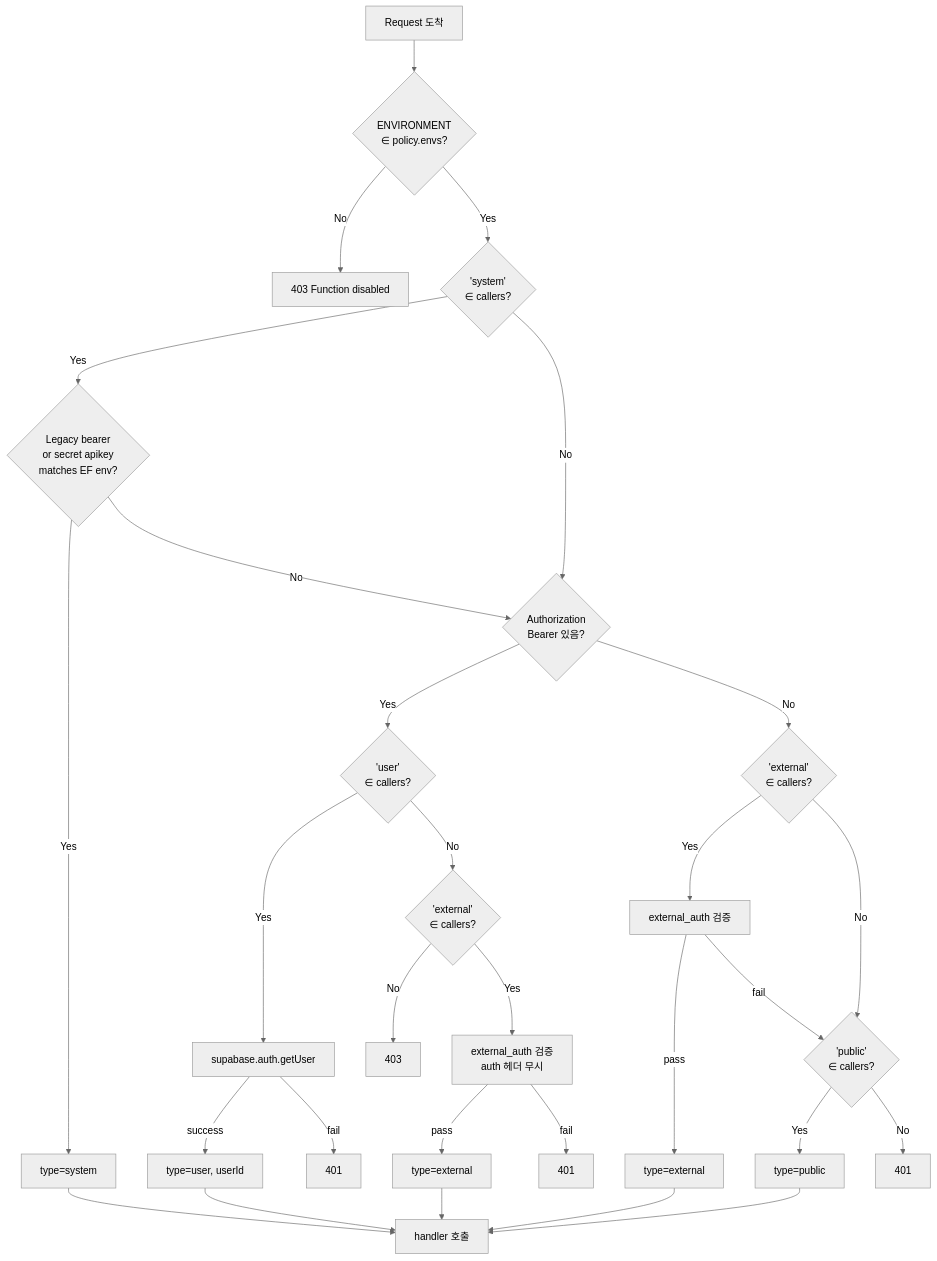
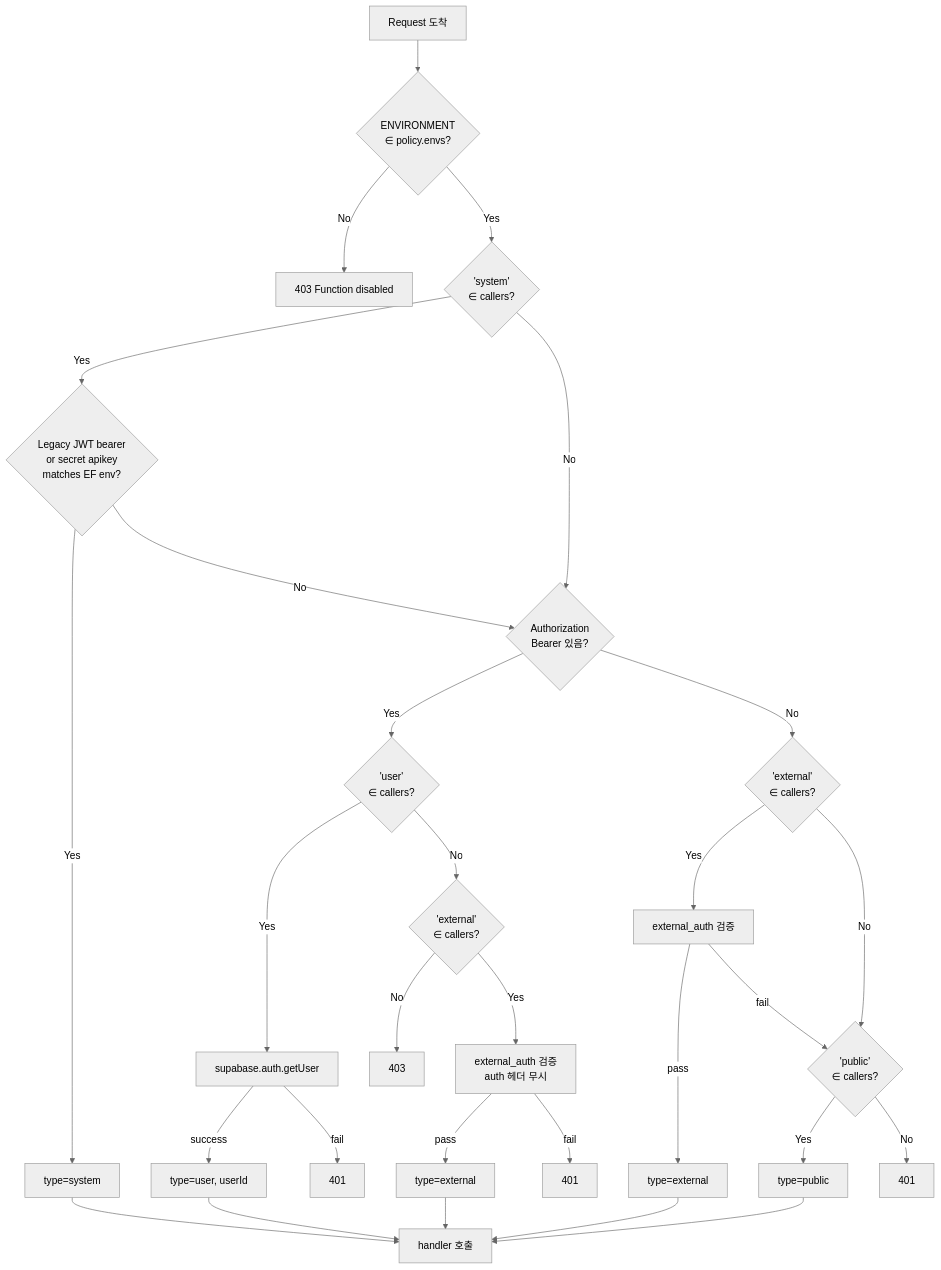
The second of 3 diagrams in docs/architecture/edge-function-auth.md (Mark-Yun/minglit), drawn with Mermaid (neutral theme) before and after one commit. The commit also changed other lines of this file and 20 other files, not shown here.

````diff
--- a/docs/architecture/edge-function-auth.md
+++ b/docs/architecture/edge-function-auth.md
@@ -464,34 +464,34 @@
 ```mermaid
 flowchart TD
     Req[Request 도착] --> EnvCheck{ENVIRONMENT<br/>∈ policy.envs?}
     EnvCheck -- No --> E403_env[403 Function disabled]
     EnvCheck -- Yes --> SysAllow{'system'<br/>∈ callers?}
-    SysAllow -- Yes --> SysMatch{Legacy bearer<br/>or secret apikey<br/>matches EF env?}
+    SysAllow -- Yes --> SysMatch{Legacy JWT bearer<br/>or secret apikey<br/>matches EF env?}
     SysMatch -- Yes --> Pass_sys[type=system]
     SysMatch -- No --> AuthHeader{Authorization<br/>Bearer 있음?}
     SysAllow -- No --> AuthHeader
 
     AuthHeader -- Yes --> UserAllow{'user'<br/>∈ callers?}
     UserAllow -- Yes --> Decode[supabase.auth.getUser]
     Decode -- success --> Pass_user[type=user, userId]
     Decode -- fail --> E401_user[401]
     UserAllow -- No --> ExtAllow1{'external'<br/>∈ callers?}
     ExtAllow1 -- Yes --> ExtCheck1[external_auth 검증<br/>auth 헤더 무시]
     ExtAllow1 -- No --> E403_user2[403]
     ExtCheck1 -- pass --> Pass_ext1[type=external]
     ExtCheck1 -- fail --> E401_ext1[401]
 
     AuthHeader -- No --> ExtAllow2{'external'<br/>∈ callers?}
     ExtAllow2 -- Yes --> ExtCheck2[external_auth 검증]
     ExtCheck2 -- pass --> Pass_ext2[type=external]
     ExtCheck2 -- fail --> Pub1{'public'<br/>∈ callers?}
     ExtAllow2 -- No --> Pub1
     Pub1 -- Yes --> Pass_pub[type=public]
     Pub1 -- No --> E401_none[401]
 
     Pass_sys --> Handler[handler 호출]
     Pass_user --> Handler
     Pass_ext1 --> Handler
     Pass_ext2 --> Handler
     Pass_pub --> Handler
 ```
````
